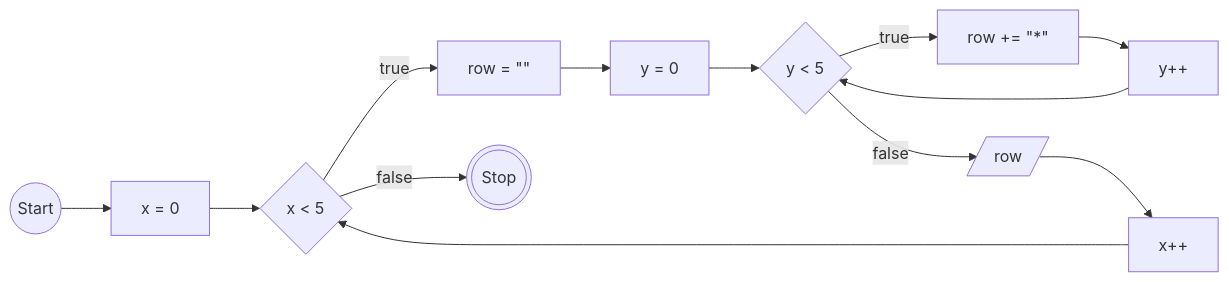
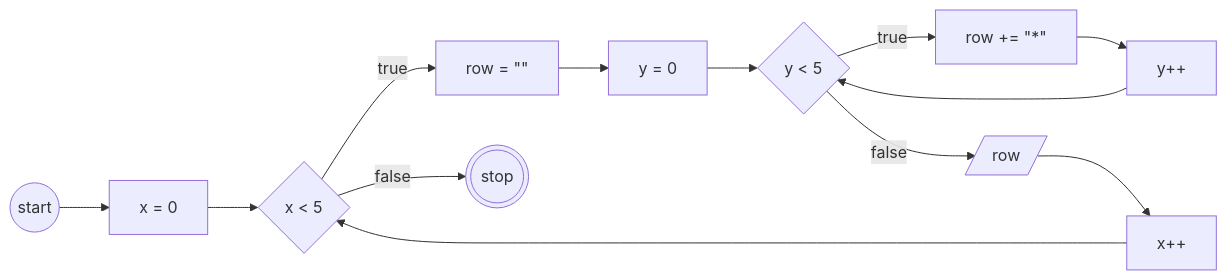
The first of 2 diagrams in README.md (aldi-ardyansah/koda-b10-javascript3), drawn with Mermaid before and after one commit. The commit also changed other lines of this file, not shown here.

````diff
--- a/README.md
+++ b/README.md
@@ -15,27 +15,27 @@
 ```mermaid
 flowchart LR
-    A((Start))
+    A((start))
     B[x = 0]
     C{x < 5}
     D[row = #quot;#quot;]
     E[y = 0]
     F{y < 5}
     G[row += #quot;*#quot;]
     H[y++]
     I[/row/]
     J[x++]
-    Z(((Stop)))
+    Z(((stop)))
 
     A --> B
     B --> C
     C --true--> D
     D --> E
     E --> F
     F --true--> G
     G --> H
     H --> F
     F --false--> I
     I --> J
     J --> C
     C --false--> Z
 ```
````
